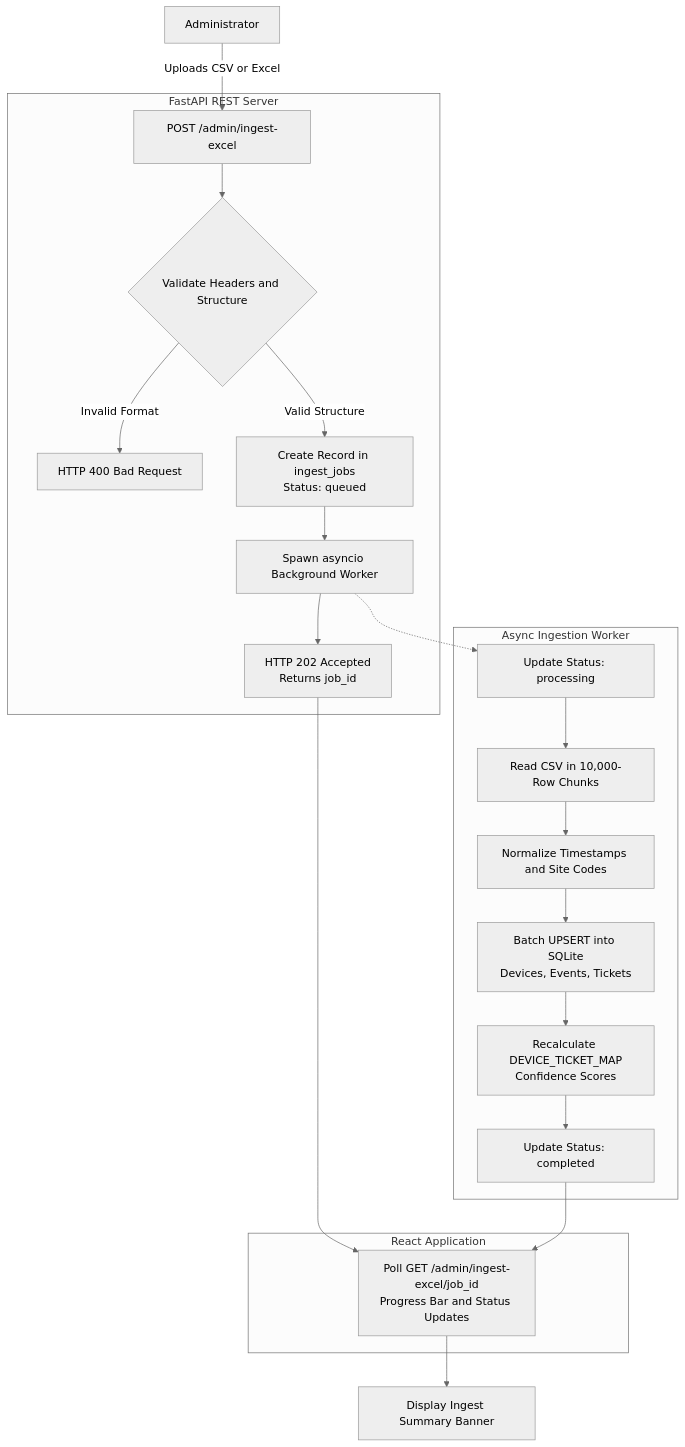
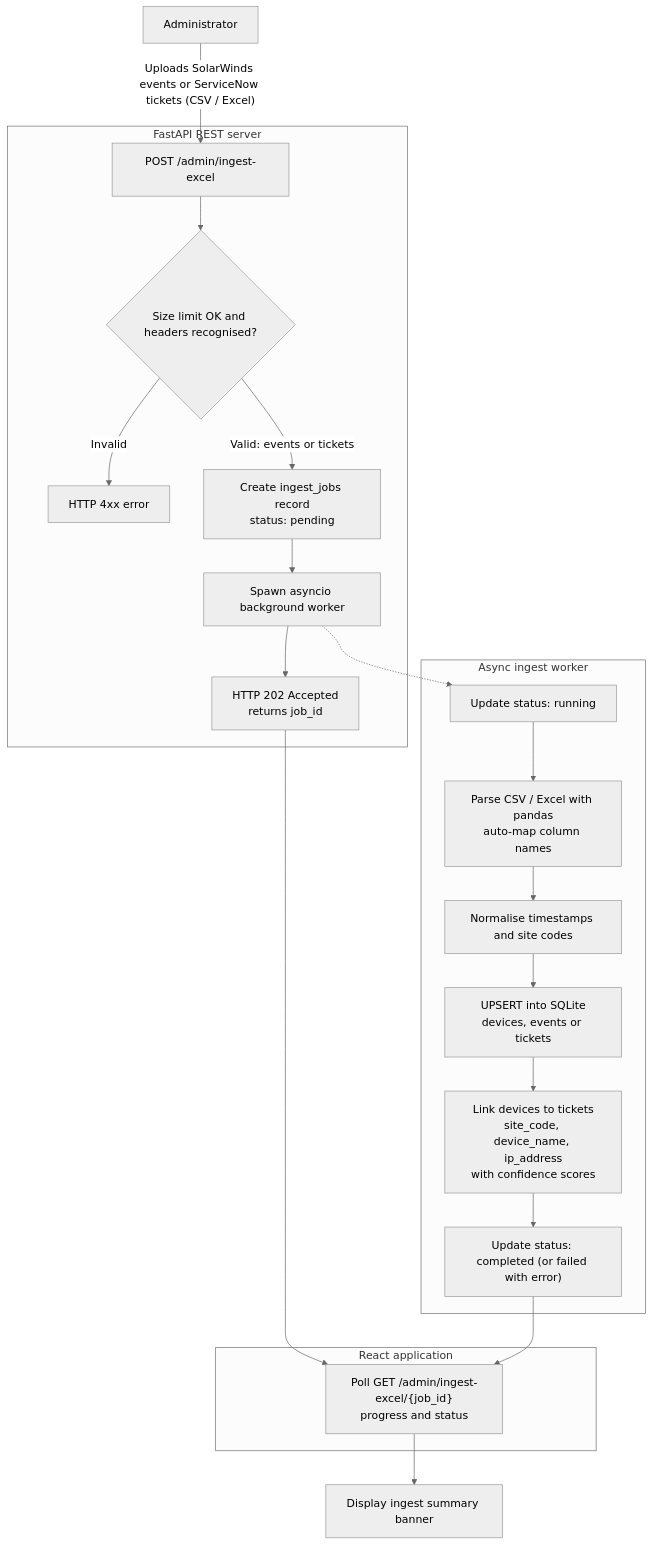
Before and after one commit to sanchiitvijay/noc-ps: the sixth of 8 diagrams in docs/NOC_Diagrams.md, drawn with Mermaid (neutral theme). The commit also changed other lines of this file and 3 other files, not shown here.

````diff
--- a/docs/NOC_Diagrams.md
+++ b/docs/NOC_Diagrams.md
@@ -234,28 +332,28 @@
 ```mermaid
 flowchart TD
-    Admin["Administrator"] -->|Uploads CSV or Excel| PostAPI["POST /admin/ingest-excel"]
-    
-    subgraph WebAPI ["FastAPI REST Server"]
-        PostAPI --> ValidateFile{"Validate Headers and Structure"}
-        ValidateFile -->|Invalid Format| Return400["HTTP 400 Bad Request"]
-        ValidateFile -->|Valid Structure| CreateJob["Create Record in ingest_jobs<br/>Status: queued"]
-        CreateJob --> SpawnTask["Spawn asyncio Background Worker"]
-        SpawnTask --> Return202["HTTP 202 Accepted<br/>Returns job_id"]
+    Admin["Administrator"] -->|"Uploads SolarWinds events or ServiceNow tickets (CSV / Excel)"| PostAPI["POST /admin/ingest-excel"]
+
+    subgraph WebAPI ["FastAPI REST server"]
+        PostAPI --> ValidateFile{"Size limit OK and headers recognised?"}
+        ValidateFile -->|"Invalid"| Return400["HTTP 4xx error"]
+        ValidateFile -->|"Valid: events or tickets"| CreateJob["Create ingest_jobs record<br/>status: pending"]
+        CreateJob --> SpawnTask["Spawn asyncio background worker"]
+        SpawnTask --> Return202["HTTP 202 Accepted<br/>returns job_id"]
     end
 
-    subgraph FrontendUI ["React Application"]
-        Return202 --> PollJob["Poll GET /admin/ingest-excel/job_id<br/>Progress Bar and Status Updates"]
+    subgraph FrontendUI ["React application"]
+        Return202 --> PollJob["Poll GET /admin/ingest-excel/{job_id}<br/>progress and status"]
     end
 
-    subgraph BackgroundWorker ["Async Ingestion Worker"]
-        SpawnTask -.-> SetProcessing["Update Status: processing"]
-        SetProcessing --> ChunkRead["Read CSV in 10,000-Row Chunks"]
-        ChunkRead --> NormalizeData["Normalize Timestamps and Site Codes"]
-        NormalizeData --> BatchUpsert["Batch UPSERT into SQLite<br/>Devices, Events, Tickets"]
-        BatchUpsert --> RebuildMap["Recalculate DEVICE_TICKET_MAP<br/>Confidence Scores"]
-        RebuildMap --> MarkDone["Update Status: completed"]
+    subgraph BackgroundWorker ["Async ingest worker"]
+        SpawnTask -.-> SetRunning["Update status: running"]
+        SetRunning --> ParseFile["Parse CSV / Excel with pandas<br/>auto-map column names"]
+        ParseFile --> NormalizeData["Normalise timestamps and site codes"]
+        NormalizeData --> BatchUpsert["UPSERT into SQLite<br/>devices, events or tickets"]
+        BatchUpsert --> RebuildMap["Link devices to tickets<br/>site_code, device_name, ip_address<br/>with confidence scores"]
+        RebuildMap --> MarkDone["Update status: completed (or failed with error)"]
     end
 
     MarkDone --> PollJob
-    PollJob --> UIComplete["Display Ingest Summary Banner"]
+    PollJob --> UIComplete["Display ingest summary banner"]
 ```
````
